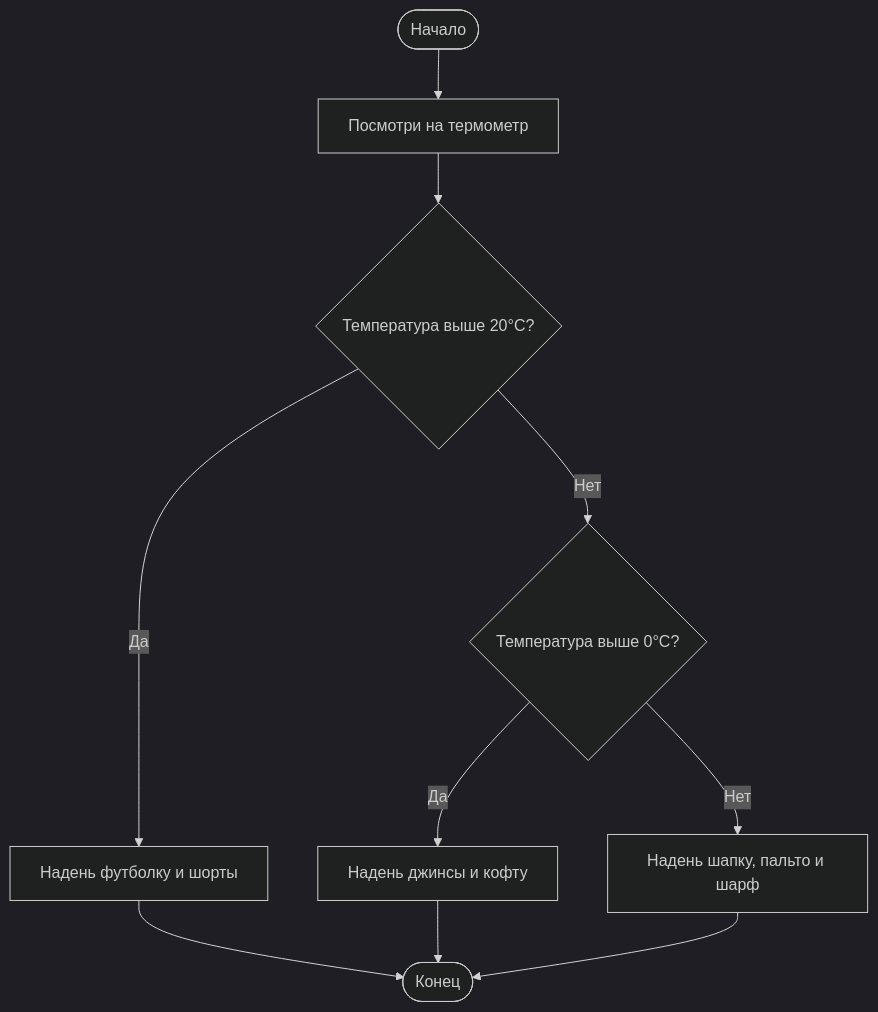
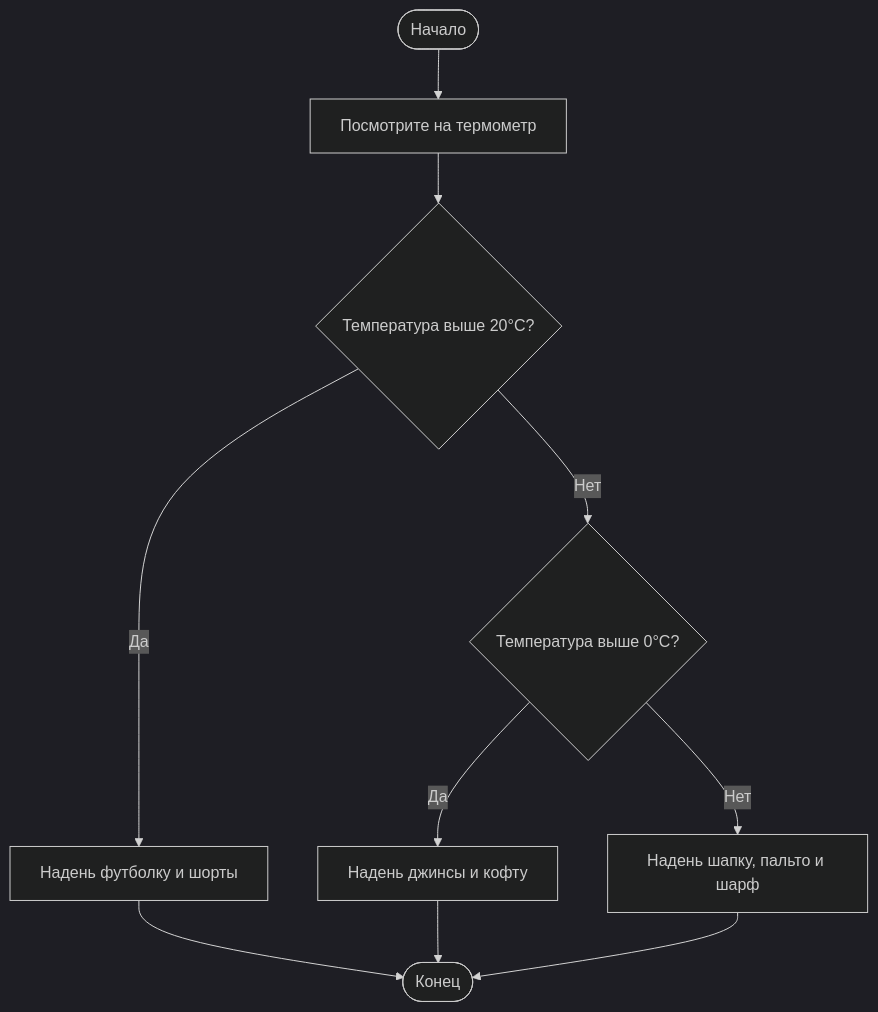
The third of 5 diagrams in docs/encyclopedia/9-spinoff/9-11-dlya-detey/3-development/1.md (Spirzen/it-knowledge-base), drawn with Mermaid (dark theme) before and after one commit. The commit also changed other lines of this file and 1180 other files, not shown here.

````diff
--- a/docs/encyclopedia/9-spinoff/9-11-dlya-detey/3-development/1.md
+++ b/docs/encyclopedia/9-spinoff/9-11-dlya-detey/3-development/1.md
@@ -272,12 +272,12 @@
 ```mermaid
 flowchart TD
-    A([Начало]) --> B[Посмотри на термометр]
+    A([Начало]) --> B[Посмотрите на термометр]
     B --> C{Температура выше 20°C?}
     C -->|Да| D[Надень футболку и шорты]
     C -->|Нет| E{Температура выше 0°C?}
     E -->|Да| F[Надень джинсы и кофту]
     E -->|Нет| G[Надень шапку, пальто и шарф]
     D --> H([Конец])
     F --> H
     G --> H
 ```
````
